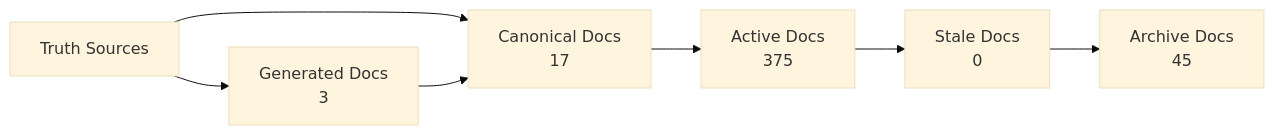
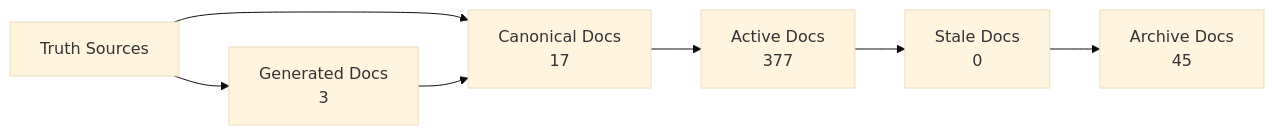
One commit to Latimer-Woods-Tech/Factory changed the diagram in docs/_generated/docs-trust-map.md. Above: the diagram before and after it, drawn with Mermaid (base theme). The commit also changed 10 other files, not shown here.

````diff
--- a/docs/_generated/docs-trust-map.md
+++ b/docs/_generated/docs-trust-map.md
@@ -20,14 +20,14 @@
 ```mermaid
 flowchart LR
   truth["Truth Sources"] --> canonical["Canonical Docs"]
   canonical --> active["Active Docs"]
   active --> stale["Stale Docs"]
   stale --> archive["Archive Docs"]
   canonical["Canonical Docs\n17"]
-  active["Active Docs\n375"]
+  active["Active Docs\n377"]
   stale["Stale Docs\n0"]
   archive["Archive Docs\n45"]
   generated["Generated Docs\n3"]
   truth --> generated
   generated --> canonical
 ```
````
